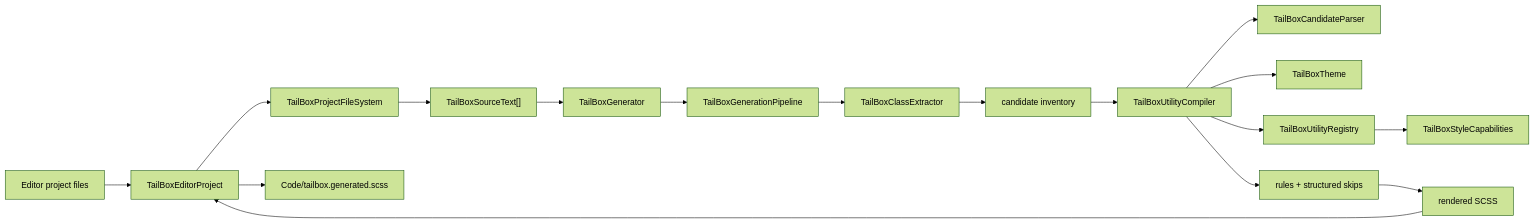
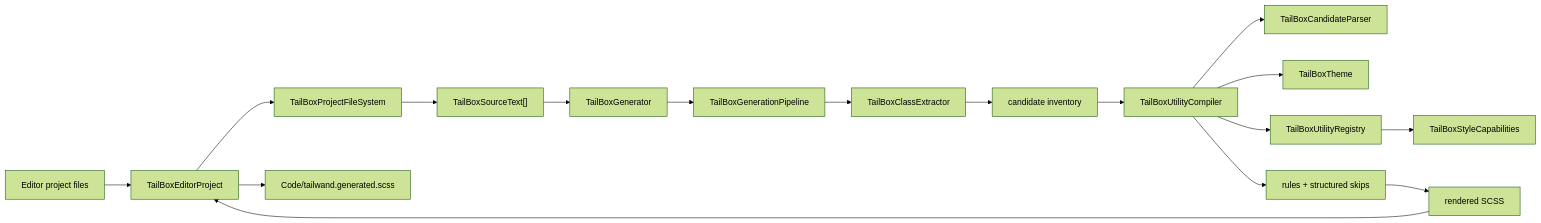
The second of 2 diagrams in Docs/Architecture.md (tristanjakobi/TailBoxSandWind), drawn with Mermaid (forest theme) before and after one commit. The commit also changed other lines of this file and 53 other files, not shown here.

````diff
--- a/Docs/Architecture.md
+++ b/Docs/Architecture.md
@@ -25,19 +25,19 @@
 ```mermaid
 flowchart LR
     A["Editor project files"] --> B["TailBoxEditorProject"]
     B --> C["TailBoxProjectFileSystem"]
     C --> D["TailBoxSourceText[]"]
     D --> E["TailBoxGenerator"]
     E --> F["TailBoxGenerationPipeline"]
     F --> G["TailBoxClassExtractor"]
     G --> H["candidate inventory"]
     H --> I["TailBoxUtilityCompiler"]
     I --> J["TailBoxCandidateParser"]
     I --> K["TailBoxTheme"]
     I --> L["TailBoxUtilityRegistry"]
     L --> M["TailBoxStyleCapabilities"]
     I --> N["rules + structured skips"]
     N --> O["rendered SCSS"]
     O --> B
-    B --> P["Code/tailbox.generated.scss"]
+    B --> P["Code/tailwand.generated.scss"]
 ```
````
